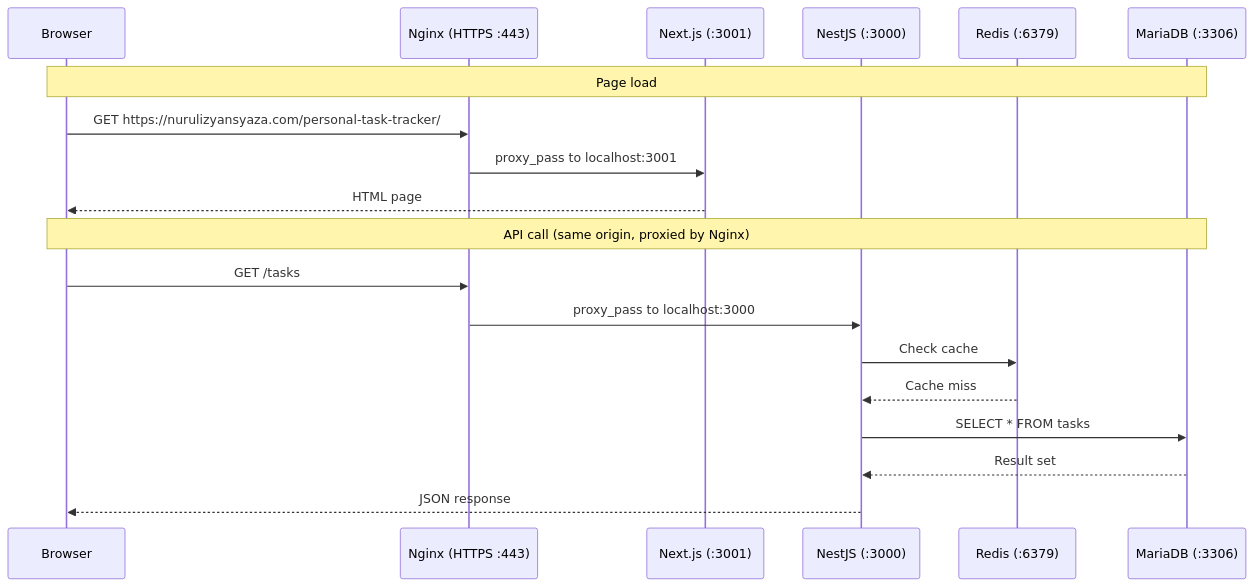
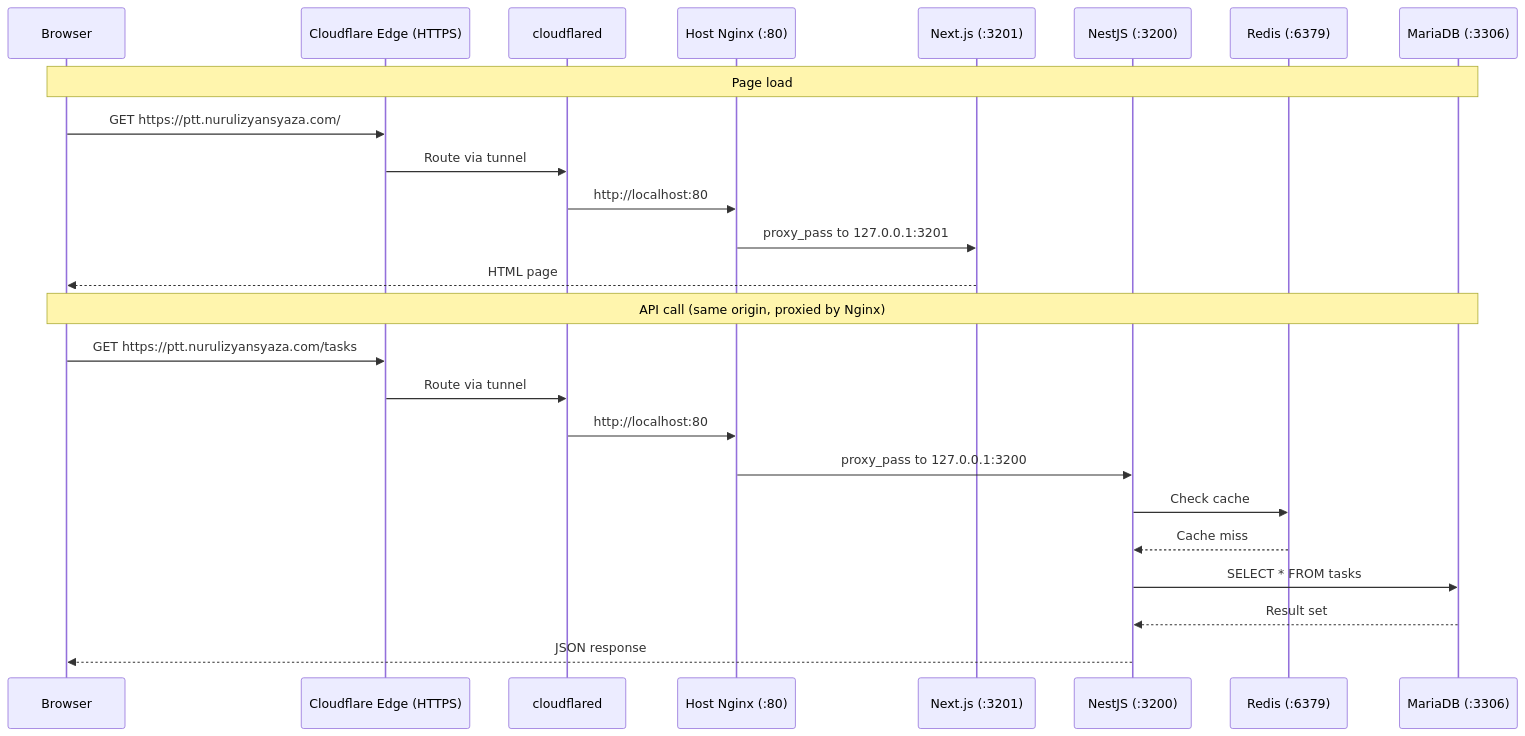
The second of 3 diagrams in HOMELAB-INFRASTRUCTURE.md (nurulizyansyaza/personal-task-tracker), drawn with Mermaid before and after one commit. The commit also changed other lines of this file and 5 other files, not shown here.

````diff
--- a/HOMELAB-INFRASTRUCTURE.md
+++ b/HOMELAB-INFRASTRUCTURE.md
@@ -80,23 +92,29 @@
 ```mermaid
 sequenceDiagram
     participant Browser
-    participant Nginx as Nginx (HTTPS :443)
-    participant NextJS as Next.js (:3001)
-    participant API as NestJS (:3000)
+    participant CF as Cloudflare Edge (HTTPS)
+    participant Tunnel as cloudflared
+    participant Nginx as Host Nginx (:80)
+    participant NextJS as Next.js (:3201)
+    participant API as NestJS (:3200)
     participant Redis as Redis (:6379)
     participant DB as MariaDB (:3306)
 
     Note over Browser,DB: Page load
-    Browser->>Nginx: GET https://nurulizyansyaza.com/personal-task-tracker/
-    Nginx->>NextJS: proxy_pass to localhost:3001
+    Browser->>CF: GET https://ptt.nurulizyansyaza.com/
+    CF->>Tunnel: Route via tunnel
+    Tunnel->>Nginx: http://localhost:80
+    Nginx->>NextJS: proxy_pass to 127.0.0.1:3201
     NextJS-->>Browser: HTML page
 
     Note over Browser,DB: API call (same origin, proxied by Nginx)
-    Browser->>Nginx: GET /tasks
-    Nginx->>API: proxy_pass to localhost:3000
+    Browser->>CF: GET https://ptt.nurulizyansyaza.com/tasks
+    CF->>Tunnel: Route via tunnel
+    Tunnel->>Nginx: http://localhost:80
+    Nginx->>API: proxy_pass to 127.0.0.1:3200
     API->>Redis: Check cache
     Redis-->>API: Cache miss
     API->>DB: SELECT * FROM tasks
     DB-->>API: Result set
     API-->>Browser: JSON response
 ```
````
